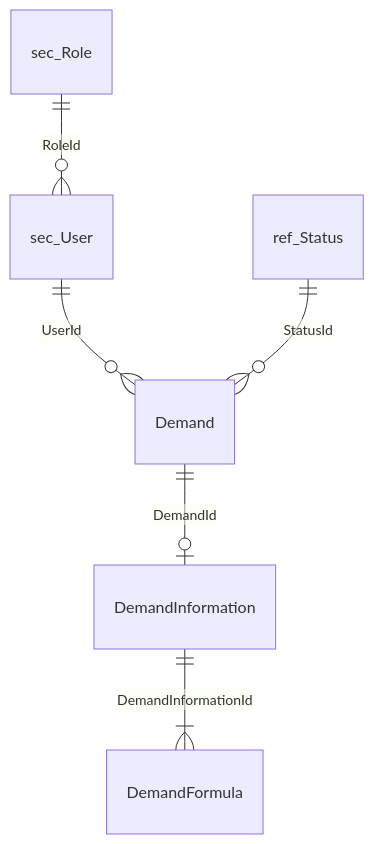
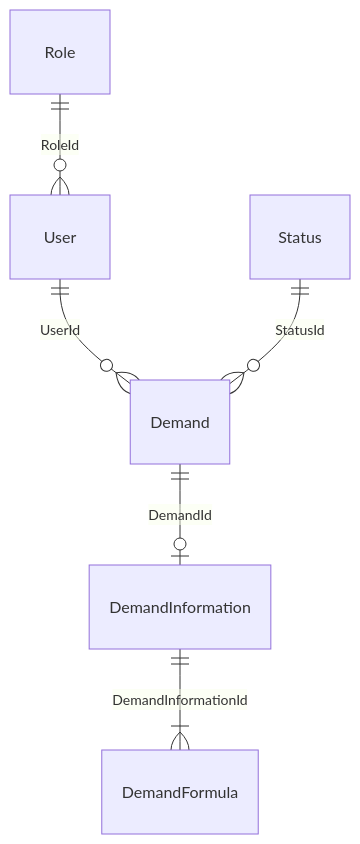
Before and after one commit to alex-talan/klesia-project: the third of 3 diagrams in architecture-plan.md, drawn with Mermaid. The commit also changed other lines of this file and 4 other files, not shown here.

````diff
--- a/architecture-plan.md
+++ b/architecture-plan.md
@@ -416,8 +418,8 @@
 ```mermaid
 erDiagram
-    sec_Role ||--o{ sec_User : RoleId
-    sec_User ||--o{ Demand : UserId
-    ref_Status ||--o{ Demand : StatusId
+    Role ||--o{ User : RoleId
+    User ||--o{ Demand : UserId
+    Status ||--o{ Demand : StatusId
     Demand ||--o| DemandInformation : DemandId
     DemandInformation ||--|{ DemandFormula : DemandInformationId
 ```
````
